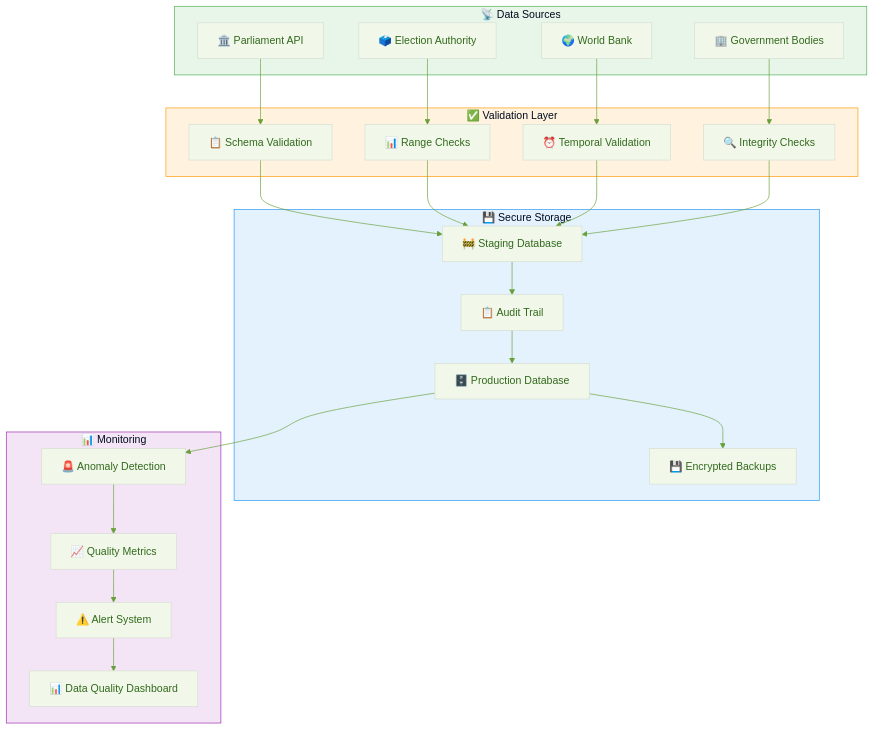
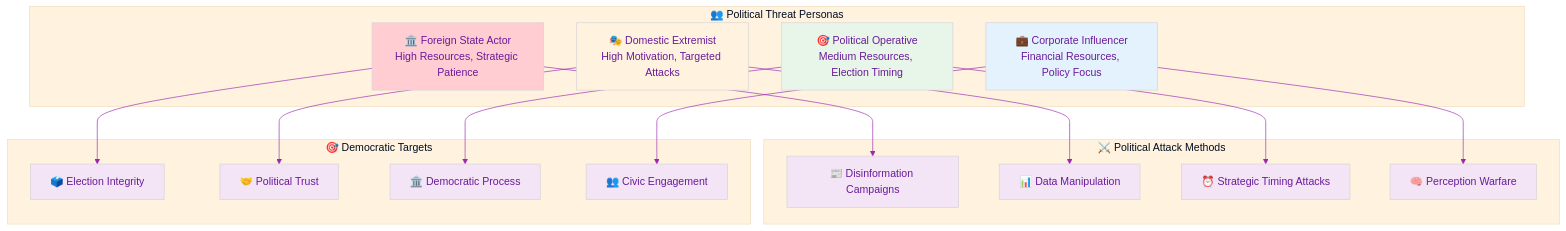
Before and after one commit to Hack23/cia: the eighth of 8 diagrams in THREAT_MODEL.md, drawn with Mermaid. The commit also changed other lines of this file, not shown here.

Commit message:
docs: update Threat Model documentation with versioning and comprehensive threat agent analysis

````diff
--- a/THREAT_MODEL.md
+++ b/THREAT_MODEL.md
@@ -588,66 +594,52 @@
 ```mermaid
 %%{
   init: {
     'theme': 'base',
     'themeVariables': {
-      'primaryColor': '#f1f8e9',
-      'primaryTextColor': '#33691e',
-      'lineColor': '#689f38',
-      'secondaryColor': '#e3f2fd',
+      'primaryColor': '#f3e5f5',
+      'primaryTextColor': '#6a1b9a',
+      'lineColor': '#9c27b0',
+      'secondaryColor': '#e8f5e9',
       'tertiaryColor': '#fff3e0'
     }
   }
 }%%
-flowchart TB
-    subgraph SOURCES["📡 Data Sources"]
-        PARLIAMENT[🏛️ Parliament API]
-        ELECTION[🗳️ Election Authority]
-        WORLDBANK[🌍 World Bank]
-        GOVERNMENT[🏢 Government Bodies]
+flowchart TD
+    subgraph PERSONAS["👥 Political Threat Personas"]
+        FOREIGN_STATE[🏛️ Foreign State Actor<br/>High Resources, Strategic Patience]
+        DOMESTIC_EXTREMIST[🎭 Domestic Extremist<br/>High Motivation, Targeted Attacks]
+        POLITICAL_OPERATIVE[🎯 Political Operative<br/>Medium Resources, Election Timing]
+        CORPORATE_INFLUENCER[💼 Corporate Influencer<br/>Financial Resources, Policy Focus]
     end
     
-    subgraph VALIDATION["✅ Validation Layer"]
-        SCHEMA[📋 Schema Validation]
-        RANGE[📊 Range Checks]
-        TEMPORAL[⏰ Temporal Validation]
-        INTEGRITY[🔍 Integrity Checks]
+    subgraph METHODS["⚔️ Political Attack Methods"]
+        DISINFORMATION[📰 Disinformation Campaigns]
+        DATA_MANIPULATION[📊 Data Manipulation]
+        TIMING_ATTACKS[⏰ Strategic Timing Attacks]
+        PERCEPTION_WARFARE[🧠 Perception Warfare]
     end
     
-    subgraph STORAGE["💾 Secure Storage"]
-        STAGING[🚧 Staging Database]
-        AUDIT[📋 Audit Trail]
-        PRODUCTION[🗄️ Production Database]
-        BACKUP[💾 Encrypted Backups]
+    subgraph TARGETS["🎯 Democratic Targets"]
+        ELECTION_INTEGRITY[🗳️ Election Integrity]
+        POLITICAL_TRUST[🤝 Political Trust]
+        DEMOCRATIC_PROCESS[🏛️ Democratic Process]
+        CIVIC_ENGAGEMENT[👥 Civic Engagement]
     end
     
-    subgraph MONITORING["📊 Monitoring"]
-        ANOMALY[🚨 Anomaly Detection]
-        METRICS[📈 Quality Metrics]
-        ALERTS[⚠️ Alert System]
-        DASHBOARD[📊 Data Quality Dashboard]
-    end
+    FOREIGN_STATE --> DISINFORMATION
+    FOREIGN_STATE --> ELECTION_INTEGRITY
     
-    PARLIAMENT --> SCHEMA
-    ELECTION --> RANGE
-    WORLDBANK --> TEMPORAL
-    GOVERNMENT --> INTEGRITY
+    DOMESTIC_EXTREMIST --> DATA_MANIPULATION
+    DOMESTIC_EXTREMIST --> POLITICAL_TRUST
     
-    SCHEMA --> STAGING
-    RANGE --> STAGING
-    TEMPORAL --> STAGING
-    INTEGRITY --> STAGING
+    POLITICAL_OPERATIVE --> TIMING_ATTACKS
+    POLITICAL_OPERATIVE --> DEMOCRATIC_PROCESS
     
-    STAGING --> AUDIT
-    AUDIT --> PRODUCTION
-    PRODUCTION --> BACKUP
+    CORPORATE_INFLUENCER --> PERCEPTION_WARFARE
+    CORPORATE_INFLUENCER --> CIVIC_ENGAGEMENT
     
-    PRODUCTION --> ANOMALY
-    ANOMALY --> METRICS
-    METRICS --> ALERTS
-    ALERTS --> DASHBOARD
-    
-    style SOURCES fill:#e8f5e9,stroke:#4caf50
-    style VALIDATION fill:#fff3e0,stroke:#ff9800
-    style STORAGE fill:#e3f2fd,stroke:#2196f3
-    style MONITORING fill:#f3e5f5,stroke:#9c27b0
+    style FOREIGN_STATE fill:#ffcdd2
+    style DOMESTIC_EXTREMIST fill:#fff3e0
+    style POLITICAL_OPERATIVE fill:#e8f5e9
+    style CORPORATE_INFLUENCER fill:#e3f2fd
 ```
````
